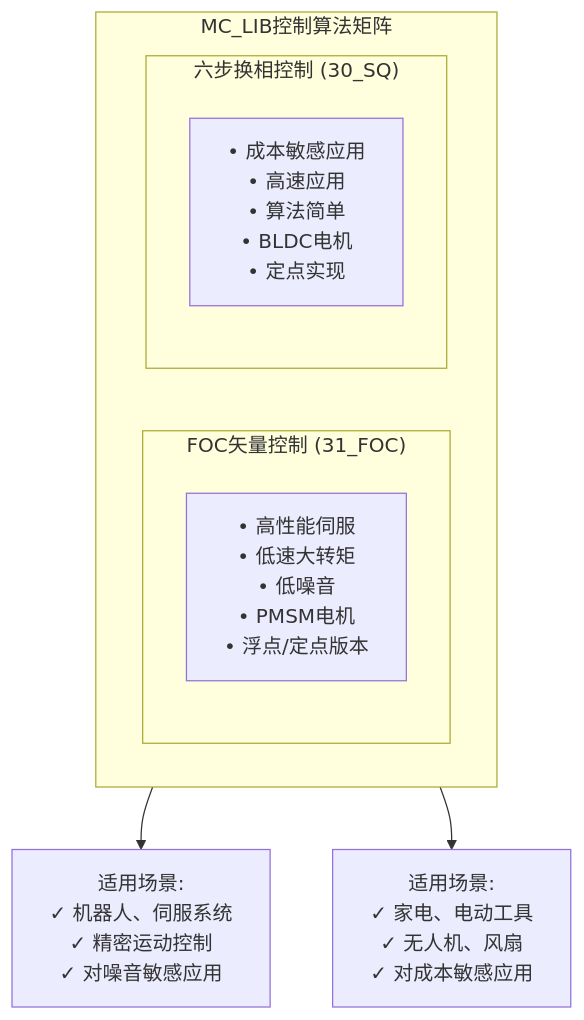
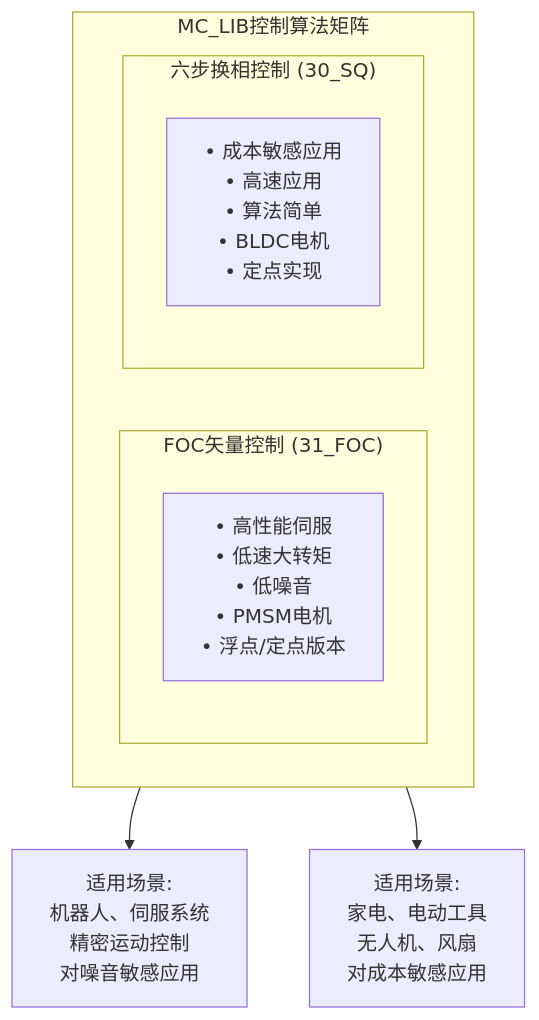
One commit to null42/null42.github.io changed the first of 7 diagrams in content/motor/algorithm/MC-LIB/MC-LIB-Architecture.md. Above: the diagram before and after it, drawn with Mermaid. The commit also changed other lines of this file and 1815 other files, not shown here.

````diff
--- a/content/motor/algorithm/MC-LIB/MC-LIB-Architecture.md
+++ b/content/motor/algorithm/MC-LIB/MC-LIB-Architecture.md
@@ -64,14 +64,14 @@
 ```mermaid
 flowchart TB
     subgraph MC_LIB["MC_LIB控制算法矩阵"]
         direction LR
         subgraph FOC["FOC矢量控制 (31_FOC)"]
             F1["• 高性能伺服<br/>• 低速大转矩<br/>• 低噪音<br/>• PMSM电机<br/>• 浮点/定点版本"]
         end
         subgraph SQ["六步换相控制 (30_SQ)"]
             S1["• 成本敏感应用<br/>• 高速应用<br/>• 算法简单<br/>• BLDC电机<br/>• 定点实现"]
         end
     end
-    FOC --> FOCS["适用场景:<br/>✓ 机器人、伺服系统<br/>✓ 精密运动控制<br/>✓ 对噪音敏感应用"]
-    SQ --> SQS["适用场景:<br/>✓ 家电、电动工具<br/>✓ 无人机、风扇<br/>✓ 对成本敏感应用"]
+    FOC --> FOCS["适用场景:<br/> 机器人、伺服系统<br/> 精密运动控制<br/> 对噪音敏感应用"]
+    SQ --> SQS["适用场景:<br/> 家电、电动工具<br/> 无人机、风扇<br/> 对成本敏感应用"]
 ```
````
